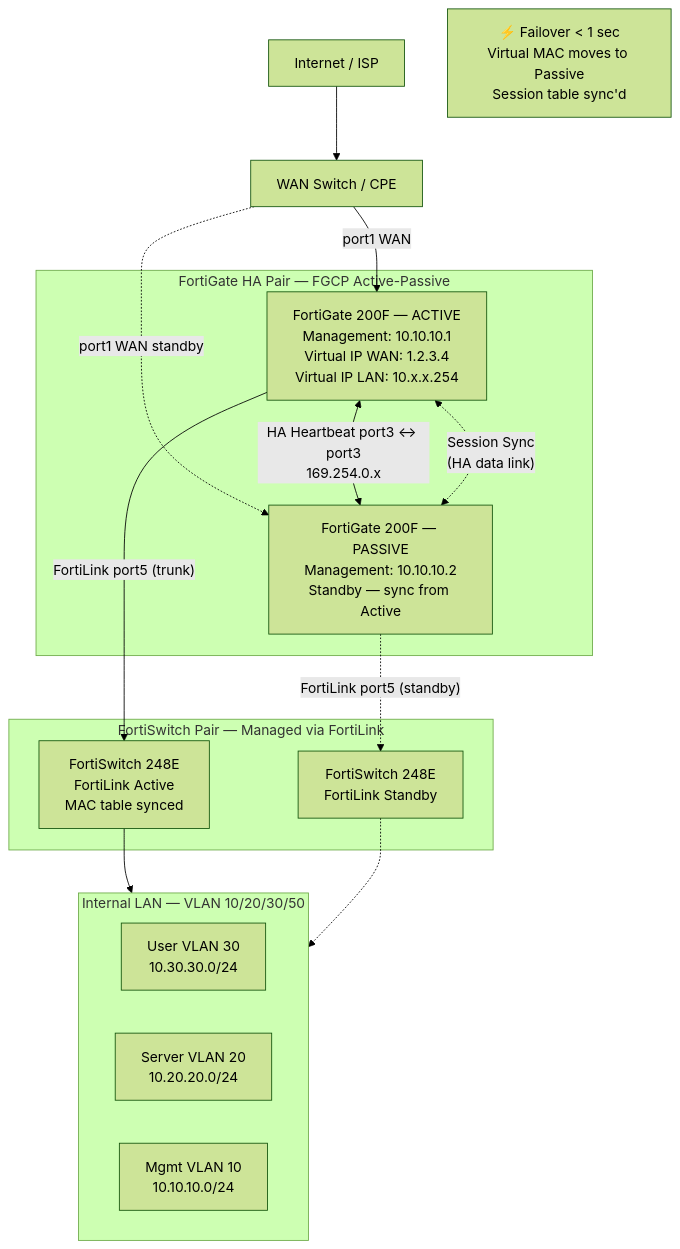
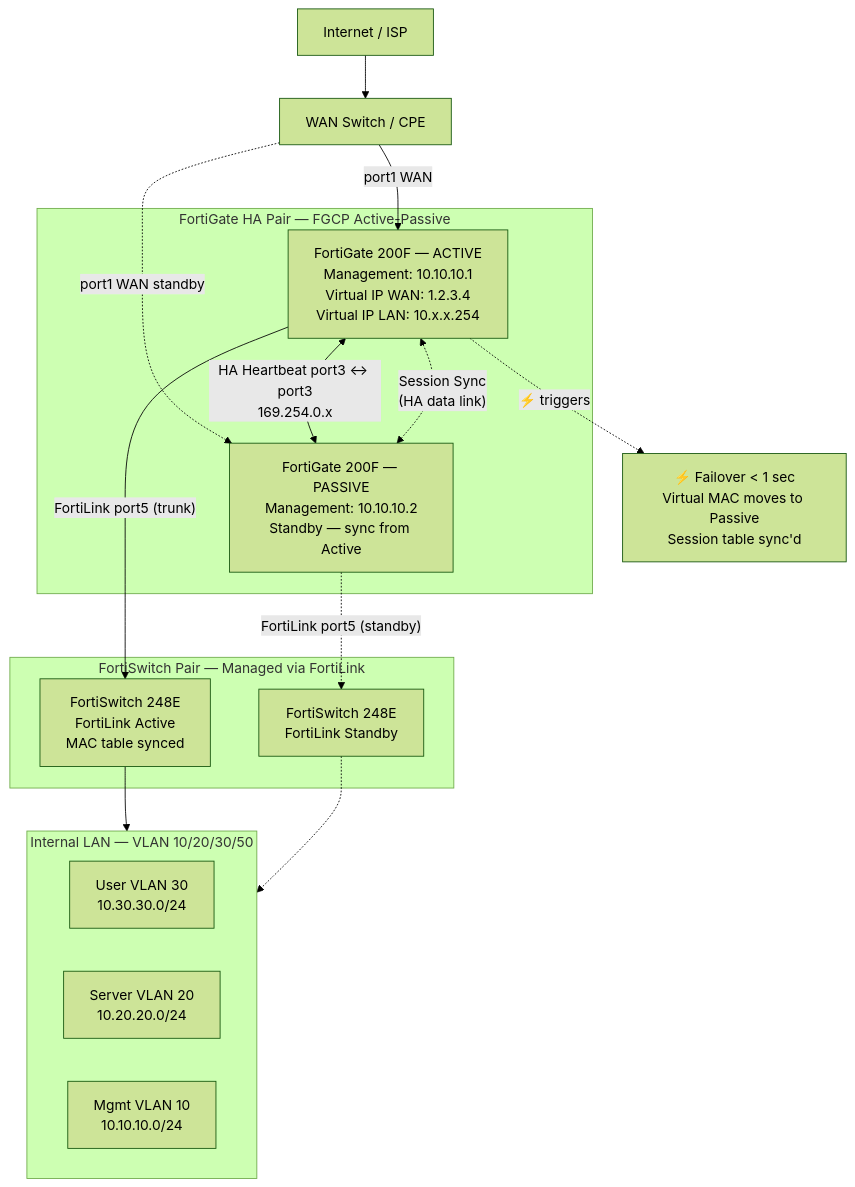
One commit to nutbadbot/diagram-templates changed the diagram in templates/design/fortigate-ha.md. Above: the diagram before and after it, drawn with Mermaid (forest theme). The commit also changed other lines of this file and 21 other files, not shown here.

````diff
--- a/templates/design/fortigate-ha.md
+++ b/templates/design/fortigate-ha.md
@@ -104,33 +93,34 @@
 ```mermaid
 flowchart TB
     ISP[Internet / ISP] --> WAN_SW[WAN Switch / CPE]
 
     WAN_SW -->|port1 WAN| FGT_ACT
     WAN_SW -.->|port1 WAN standby| FGT_PAS
 
     subgraph HA_PAIR["FortiGate HA Pair — FGCP Active-Passive"]
         FGT_ACT["FortiGate 200F — ACTIVE\nManagement: 10.10.10.1\nVirtual IP WAN: 1.2.3.4\nVirtual IP LAN: 10.x.x.254"]
         FGT_PAS["FortiGate 200F — PASSIVE\nManagement: 10.10.10.2\nStandby — sync from Active"]
         FGT_ACT <-->|"HA Heartbeat port3 ↔ port3\n169.254.0.x"| FGT_PAS
         FGT_ACT <-.->|"Session Sync\n(HA data link)"| FGT_PAS
     end
 
     FGT_ACT -->|"FortiLink port5 (trunk)"| FSW_A
     FGT_PAS -.->|"FortiLink port5 (standby)"| FSW_B
 
     subgraph FORSW["FortiSwitch Pair — Managed via FortiLink"]
         FSW_A["FortiSwitch 248E\nFortiLink Active\nMAC table synced"]
         FSW_B["FortiSwitch 248E\nFortiLink Standby"]
     end
 
     FSW_A --> LAN
     FSW_B -.-> LAN
 
     subgraph LAN["Internal LAN — VLAN 10/20/30/50"]
         U[User VLAN 30\n10.30.30.0/24]
         S[Server VLAN 20\n10.20.20.0/24]
         M[Mgmt VLAN 10\n10.10.10.0/24]
     end
 
     FAILOVER["⚡ Failover < 1 sec\nVirtual MAC moves to Passive\nSession table sync'd"]
+    FGT_ACT -.->|"⚡ triggers"| FAILOVER
 ```
````
